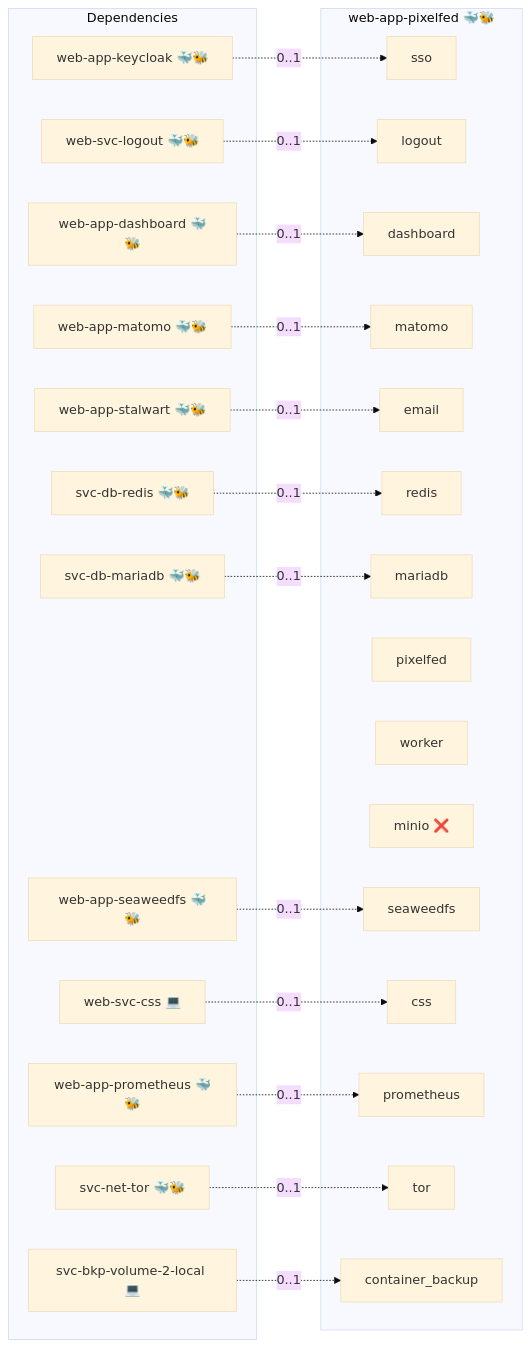
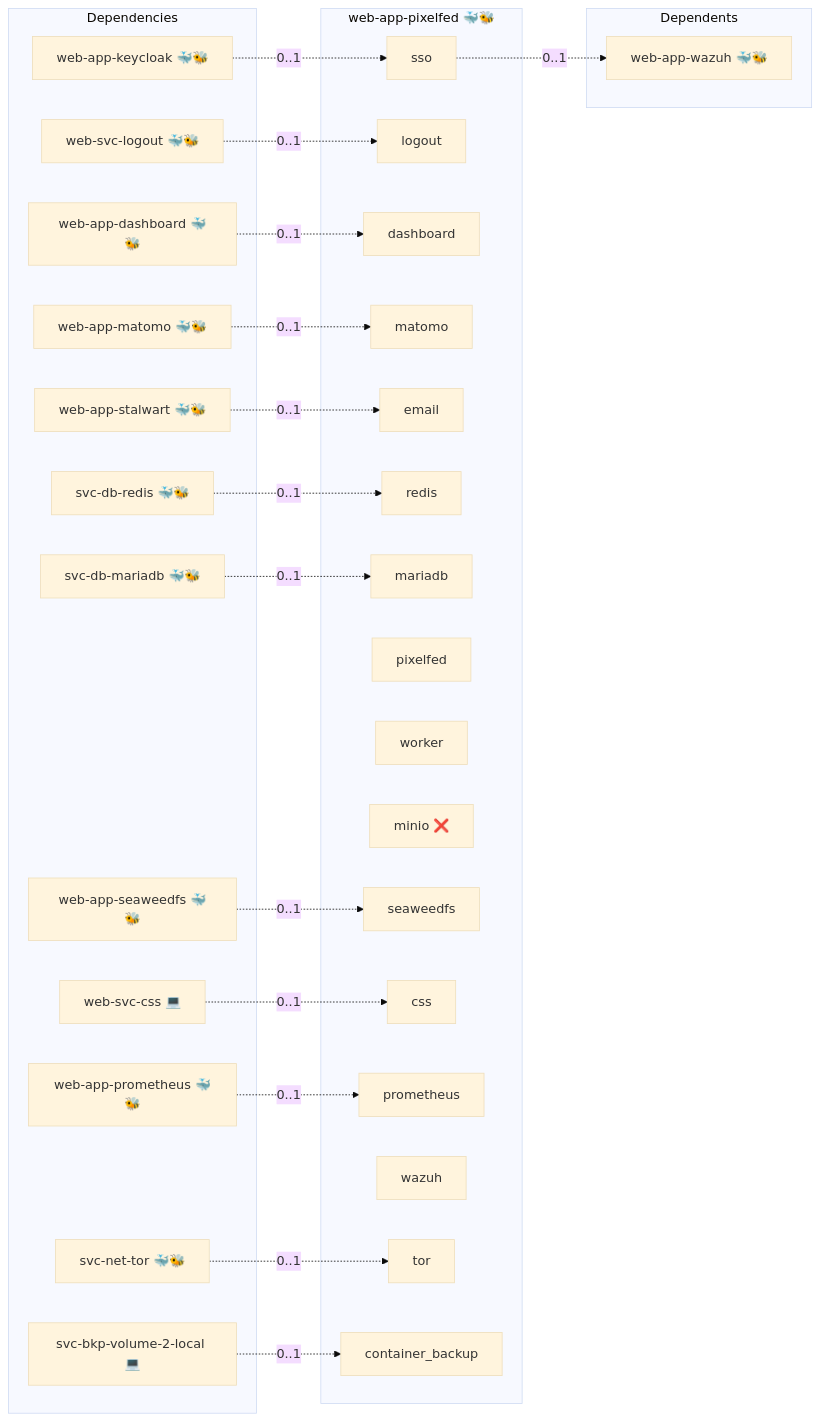
The diagram in roles/web-app-pixelfed/README.md (infinito-nexus/core), drawn with Mermaid (base theme) before and after one commit. The commit also changed 13 other files, not shown here.

````diff
--- a/roles/web-app-pixelfed/README.md
+++ b/roles/web-app-pixelfed/README.md
@@ -15,46 +15,51 @@
 ```mermaid
 flowchart LR
     subgraph deps [Dependencies]
         dep_svc_bkp_volume_2_local["svc-bkp-volume-2-local 💻"]
         dep_svc_db_mariadb["svc-db-mariadb 🐳🐝"]
         dep_svc_db_redis["svc-db-redis 🐳🐝"]
         dep_svc_net_tor["svc-net-tor 🐳🐝"]
         dep_web_app_dashboard["web-app-dashboard 🐳🐝"]
         dep_web_app_keycloak["web-app-keycloak 🐳🐝"]
         dep_web_app_matomo["web-app-matomo 🐳🐝"]
         dep_web_app_prometheus["web-app-prometheus 🐳🐝"]
         dep_web_app_seaweedfs["web-app-seaweedfs 🐳🐝"]
         dep_web_app_stalwart["web-app-stalwart 🐳🐝"]
         dep_web_svc_css["web-svc-css 💻"]
         dep_web_svc_logout["web-svc-logout 🐳🐝"]
     end
     subgraph role [web-app-pixelfed 🐳🐝]
         svc_sso["sso"]
         svc_logout["logout"]
         svc_dashboard["dashboard"]
         svc_matomo["matomo"]
         svc_email["email"]
         svc_redis["redis"]
         svc_mariadb["mariadb"]
         svc_pixelfed["pixelfed"]
         svc_worker["worker"]
         svc_minio["minio ❌"]
         svc_seaweedfs["seaweedfs"]
         svc_css["css"]
         svc_prometheus["prometheus"]
+        svc_wazuh["wazuh"]
         svc_tor["tor"]
         svc_container_backup["container_backup"]
+    end
+    subgraph dependents [Dependents]
+        dpt_web_app_wazuh["web-app-wazuh 🐳🐝"]
     end
     dep_svc_bkp_volume_2_local -. "0..1" .-> svc_container_backup
     dep_svc_db_mariadb -. "0..1" .-> svc_mariadb
     dep_svc_db_redis -. "0..1" .-> svc_redis
     dep_svc_net_tor -. "0..1" .-> svc_tor
     dep_web_app_dashboard -. "0..1" .-> svc_dashboard
     dep_web_app_keycloak -. "0..1" .-> svc_sso
     dep_web_app_matomo -. "0..1" .-> svc_matomo
     dep_web_app_prometheus -. "0..1" .-> svc_prometheus
     dep_web_app_seaweedfs -. "0..1" .-> svc_seaweedfs
     dep_web_app_stalwart -. "0..1" .-> svc_email
     dep_web_svc_css -. "0..1" .-> svc_css
     dep_web_svc_logout -. "0..1" .-> svc_logout
+    svc_sso -. "0..1" .-> dpt_web_app_wazuh
 ```
````
